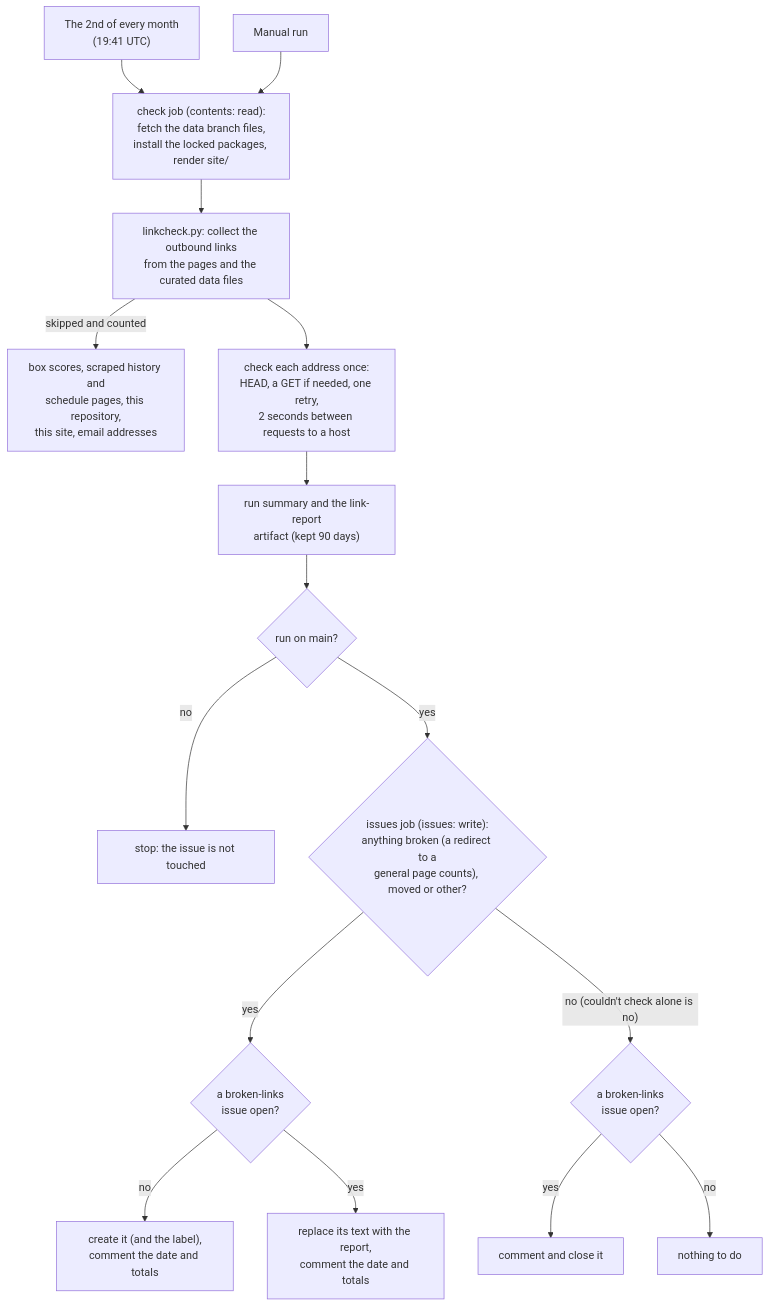
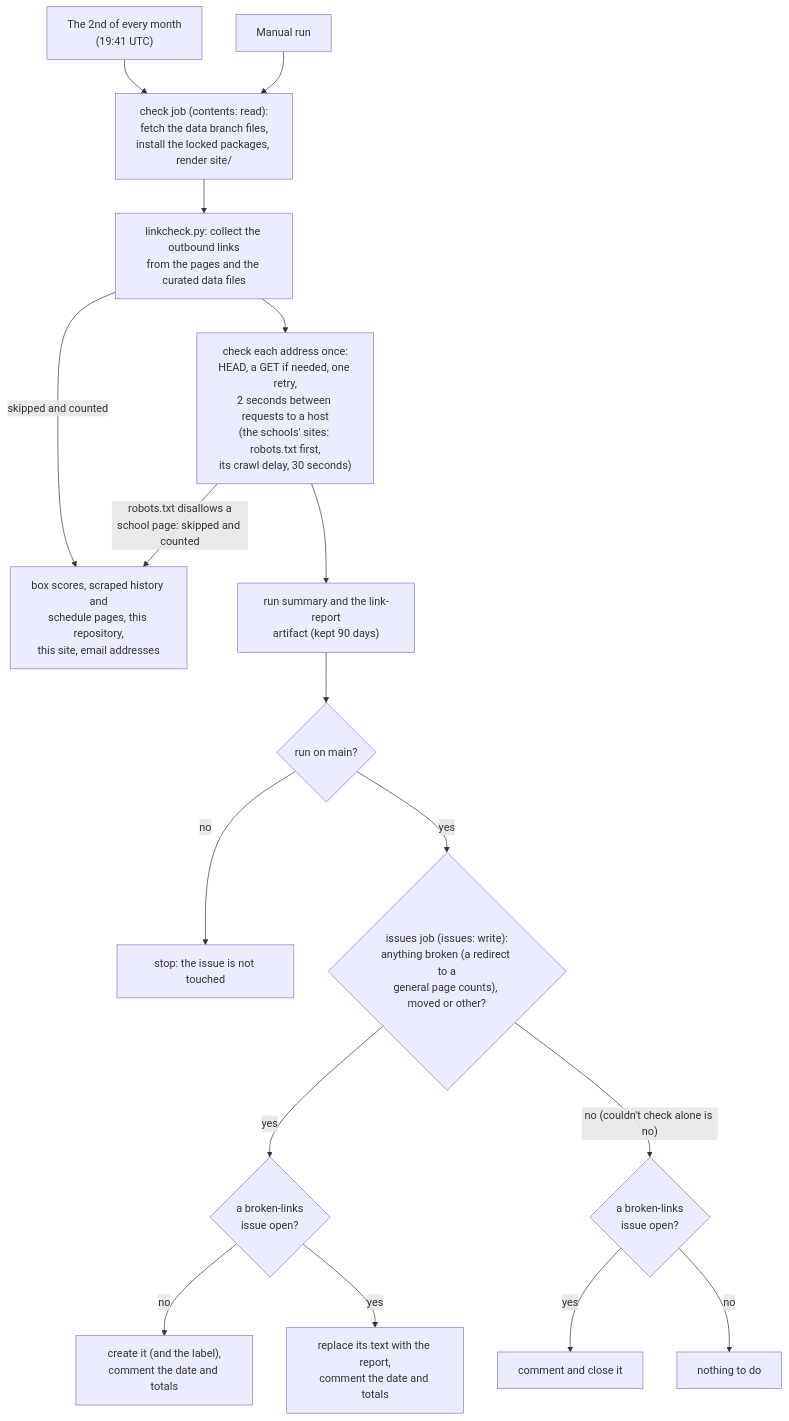
The fifth of 5 diagrams in README.md (jacksonmote/DePauw-vs-Wabash-web), drawn with Mermaid before and after one commit. The commit also changed other lines of this file and 4 other files, not shown here.

First line of the commit message:
Link check: follow robots.txt and its crawl delay on the schools' sites

````diff
--- a/README.md
+++ b/README.md
@@ -505,18 +505,19 @@
 ```mermaid
 flowchart TD
   T1["The 2nd of every month<br/>(19:41 UTC)"] --> C
   T2["Manual run"] --> C
   C["check job (contents: read):<br/>fetch the data branch files,<br/>install the locked packages, render site/"] --> L["linkcheck.py: collect the outbound links<br/>from the pages and the curated data files"]
   L -- "skipped and counted" --> SK["box scores, scraped history and<br/>schedule pages, this repository,<br/>this site, email addresses"]
-  L --> H["check each address once:<br/>HEAD, a GET if needed, one retry,<br/>2 seconds between requests to a host"]
+  L --> H["check each address once:<br/>HEAD, a GET if needed, one retry,<br/>2 seconds between requests to a host<br/>(the schools' sites: robots.txt first,<br/>its crawl delay, 30 seconds)"]
+  H -- "robots.txt disallows a<br/>school page: skipped and counted" --> SK
   H --> R["run summary and the link-report<br/>artifact (kept 90 days)"]
   R --> M{"run on main?"}
   M -- "no" --> X["stop: the issue is not touched"]
   M -- "yes" --> Q{"issues job (issues: write):<br/>anything broken (a redirect to a<br/>general page counts), moved or other?"}
   Q -- "yes" --> O{"a broken-links<br/>issue open?"}
   O -- "no" --> NEW["create it (and the label),<br/>comment the date and totals"]
   O -- "yes" --> UPD["replace its text with the report,<br/>comment the date and totals"]
   Q -- "no (couldn't check alone is no)" --> CL{"a broken-links<br/>issue open?"}
   CL -- "yes" --> CLOSE["comment and close it"]
   CL -- "no" --> NOP["nothing to do"]
 ```
````
